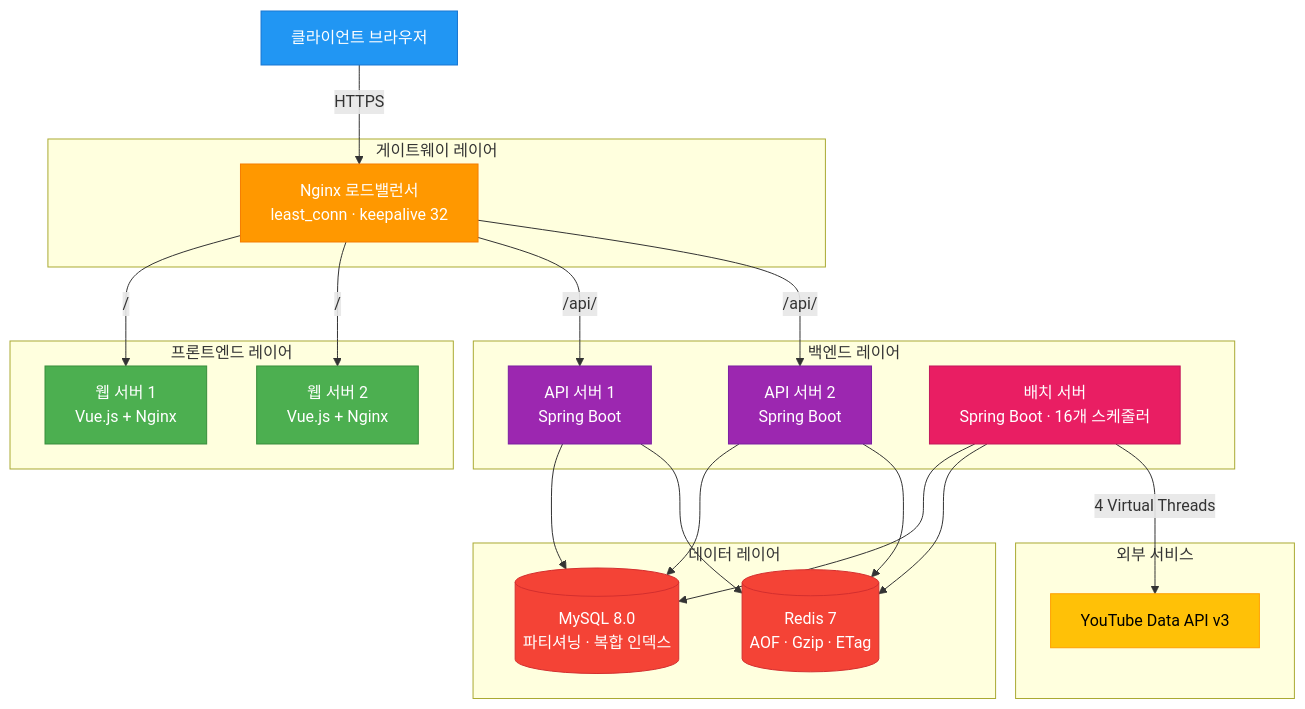
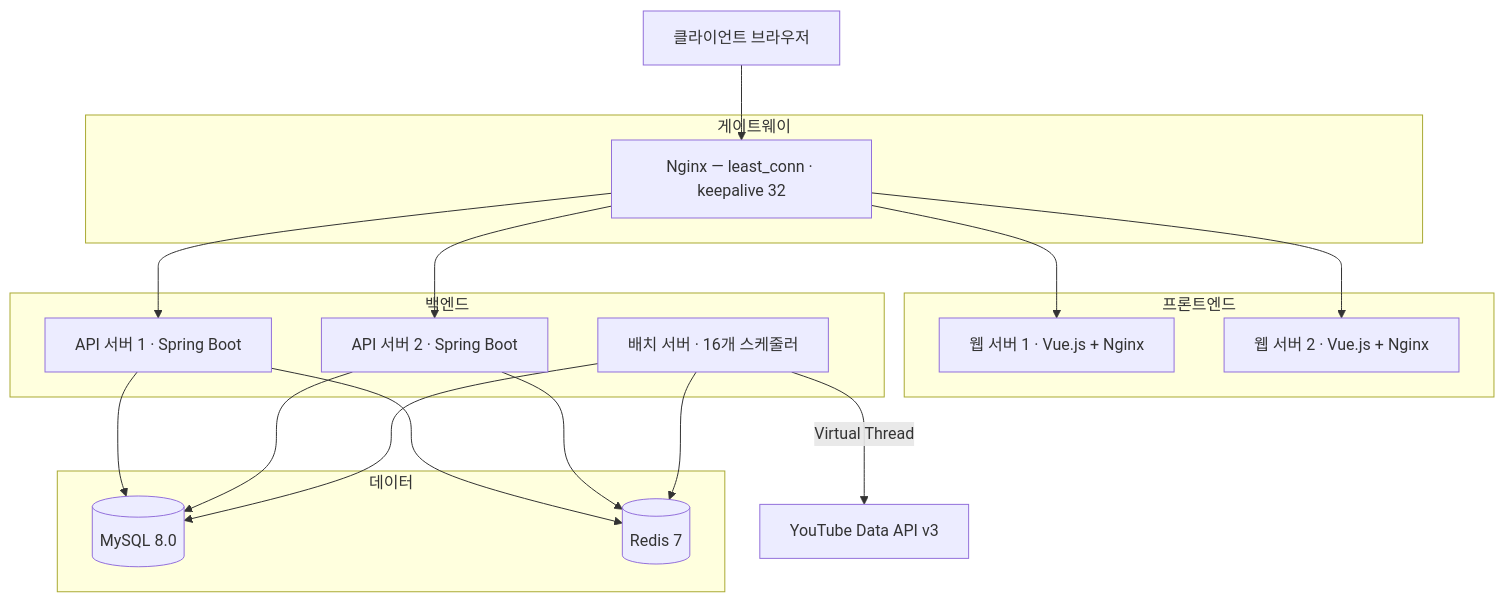
One commit to dakcoh/tubeten changed the diagram in README.md. Above: the diagram before and after it, drawn with Mermaid. The commit also changed other lines of this file, not shown here.

````diff
--- a/README.md
+++ b/README.md
@@ -67,46 +51,31 @@
 ```mermaid
 flowchart TB
     Client[클라이언트 브라우저]
 
-    subgraph Gateway["게이트웨이 레이어"]
-        LB["Nginx 로드밸런서<br/>least_conn · keepalive 32"]
+    subgraph Gateway["게이트웨이"]
+        LB["Nginx — least_conn · keepalive 32"]
     end
 
-    subgraph Frontend["프론트엔드 레이어"]
-        Web1[웹 서버 1<br/>Vue.js + Nginx]
-        Web2[웹 서버 2<br/>Vue.js + Nginx]
+    subgraph Frontend["프론트엔드"]
+        Web1[웹 서버 1 · Vue.js + Nginx]
+        Web2[웹 서버 2 · Vue.js + Nginx]
     end
 
-    subgraph Backend["백엔드 레이어"]
-        API1[API 서버 1<br/>Spring Boot]
-        API2[API 서버 2<br/>Spring Boot]
-        Batch[배치 서버<br/>Spring Boot · 16개 스케줄러]
+    subgraph Backend["백엔드"]
+        API1[API 서버 1 · Spring Boot]
+        API2[API 서버 2 · Spring Boot]
+        Batch[배치 서버 · 16개 스케줄러]
     end
 
-    subgraph Data["데이터 레이어"]
-        MySQL[(MySQL 8.0<br/>파티셔닝 · 복합 인덱스)]
-        Redis[(Redis 7<br/>AOF · Gzip · ETag)]
+    subgraph Data["데이터"]
+        MySQL[(MySQL 8.0)]
+        Redis[(Redis 7)]
     end
 
-    subgraph External["외부 서비스"]
-        YouTube[YouTube Data API v3]
-    end
-
-    Client -->|HTTPS| LB
-    LB -->|/| Web1 & Web2
-    LB -->|/api/| API1 & API2
+    Client --> LB
+    LB --> Web1 & Web2
+    LB --> API1 & API2
     API1 & API2 --> MySQL & Redis
     Batch --> MySQL & Redis
-    Batch -->|4 Virtual Threads| YouTube
-
-    style Client fill:#2196F3,stroke:#1976D2,color:#fff
-    style LB fill:#FF9800,stroke:#F57C00,color:#fff
-    style Web1 fill:#4CAF50,stroke:#388E3C,color:#fff
-    style Web2 fill:#4CAF50,stroke:#388E3C,color:#fff
-    style API1 fill:#9C27B0,stroke:#7B1FA2,color:#fff
-    style API2 fill:#9C27B0,stroke:#7B1FA2,color:#fff
-    style Batch fill:#E91E63,stroke:#C2185B,color:#fff
-    style MySQL fill:#F44336,stroke:#D32F2F,color:#fff
-    style Redis fill:#F44336,stroke:#D32F2F,color:#fff
-    style YouTube fill:#FFC107,stroke:#FFA000,color:#000
+    Batch -->|Virtual Thread| YouTube[YouTube Data API v3]
 ```
````
